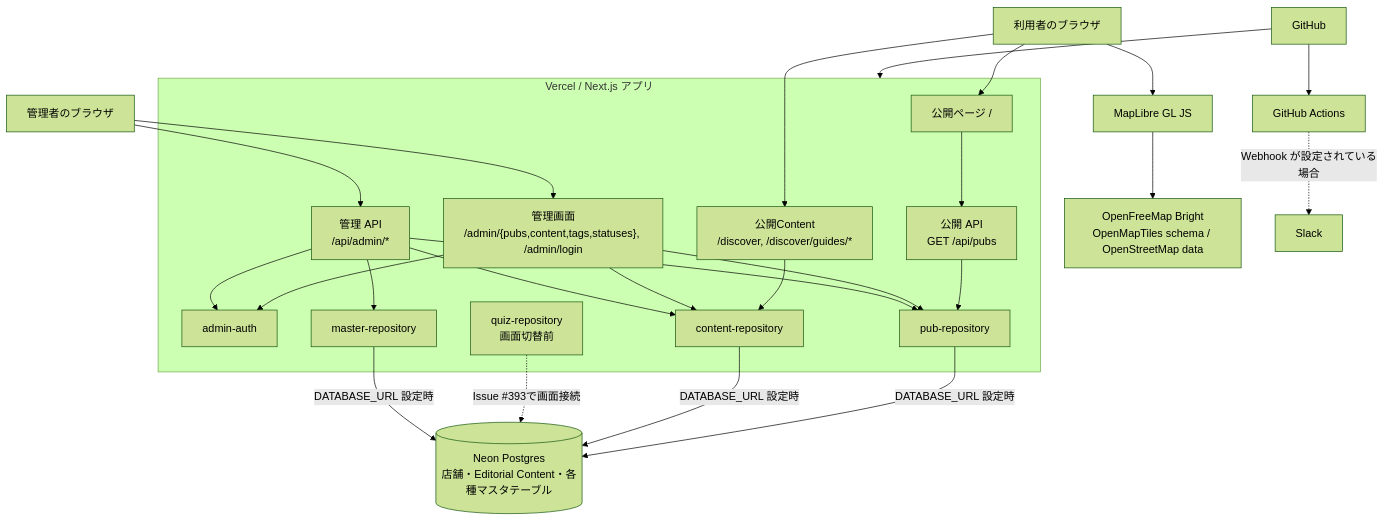
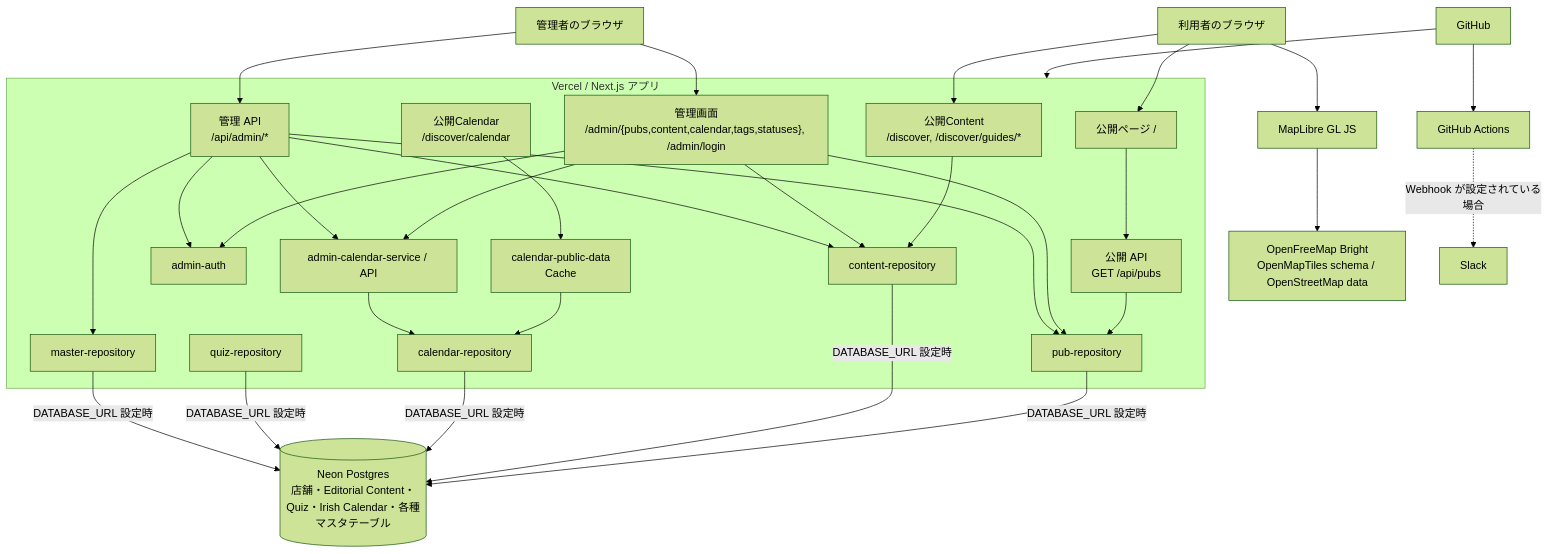
Before and after one commit to yusukefr/irishpub-map: the diagram in docs/architecture/system-overview.md, drawn with Mermaid (forest theme). The commit also changed other lines of this file and 12 other files, not shown here.

````diff
--- a/docs/architecture/system-overview.md
+++ b/docs/architecture/system-overview.md
@@ -7,52 +7,62 @@
 ```mermaid
 flowchart TB
   visitor[利用者のブラウザ]
   administrator[管理者のブラウザ]
   maplibre[MapLibre GL JS]
   mapProvider[OpenFreeMap Bright<br/>OpenMapTiles schema / OpenStreetMap data]
   github[GitHub]
   actions[GitHub Actions]
   slack[Slack]
 
   subgraph vercel[Vercel / Next.js アプリ]
     publicPage["公開ページ /"]
     contentPage["公開Content<br/>/discover, /discover/guides/*"]
+    calendarPage["公開Calendar<br/>/discover/calendar"]
     publicApi["公開 API<br/>GET /api/pubs"]
-    adminPage["管理画面<br/>/admin/{pubs,content,tags,statuses}, /admin/login"]
+    adminPage["管理画面<br/>/admin/{pubs,content,calendar,tags,statuses}, /admin/login"]
     adminApi["管理 API<br/>/api/admin/*"]
     auth[admin-auth]
     repository[pub-repository]
     contentRepository[content-repository]
-    quizRepository[quiz-repository<br/>画面切替前]
+    calendarDataLoader[calendar-public-data<br/>Cache]
+    calendarRepository[calendar-repository]
+    adminCalendarService[admin-calendar-service / API]
+    quizRepository[quiz-repository]
     masterRepository[master-repository]
   end
 
-  neon[(Neon Postgres<br/>店舗・Editorial Content・各種マスタテーブル)]
+  neon[(Neon Postgres<br/>店舗・Editorial Content・Quiz・Irish Calendar・各種マスタテーブル)]
 
   visitor --> publicPage
   visitor --> contentPage
   publicPage --> publicApi
   contentPage --> contentRepository
+  calendarPage --> calendarDataLoader
+  calendarDataLoader --> calendarRepository
   publicApi --> repository
   visitor --> maplibre
   maplibre --> mapProvider
 
   administrator --> adminPage
   administrator --> adminApi
   adminPage --> auth
   adminPage --> repository
   adminPage --> contentRepository
+  adminPage --> adminCalendarService
   adminApi --> auth
   adminApi --> repository
   adminApi --> contentRepository
+  adminApi --> adminCalendarService
+  adminCalendarService --> calendarRepository
   adminApi --> masterRepository
 
   repository -->|"DATABASE_URL 設定時"| neon
   contentRepository -->|"DATABASE_URL 設定時"| neon
-  quizRepository -.->|"Issue #393で画面接続"| neon
+  calendarRepository -->|"DATABASE_URL 設定時"| neon
+  quizRepository -->|"DATABASE_URL 設定時"| neon
   masterRepository -->|"DATABASE_URL 設定時"| neon
 
   github --> actions
   github --> vercel
   actions -.->|"Webhook が設定されている場合"| slack
 ```
````
